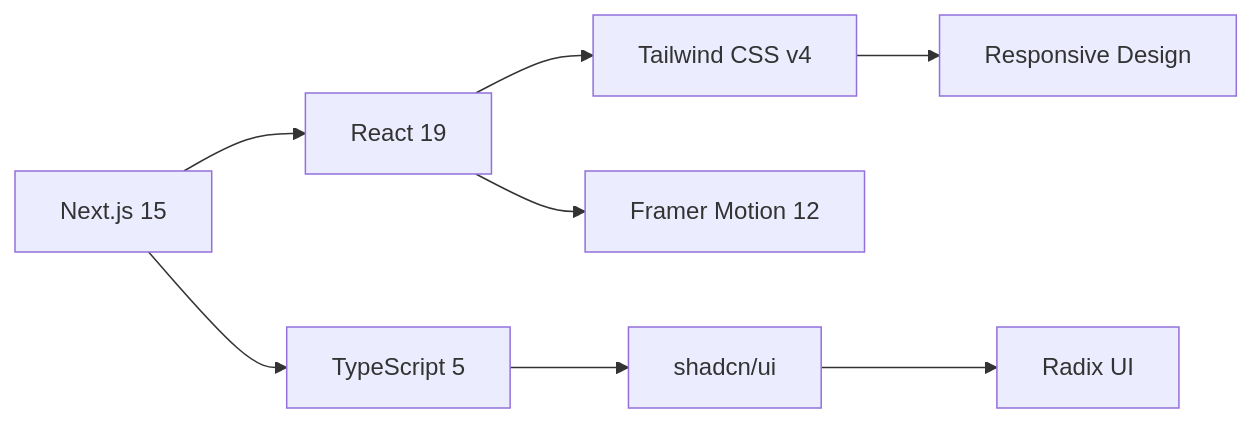
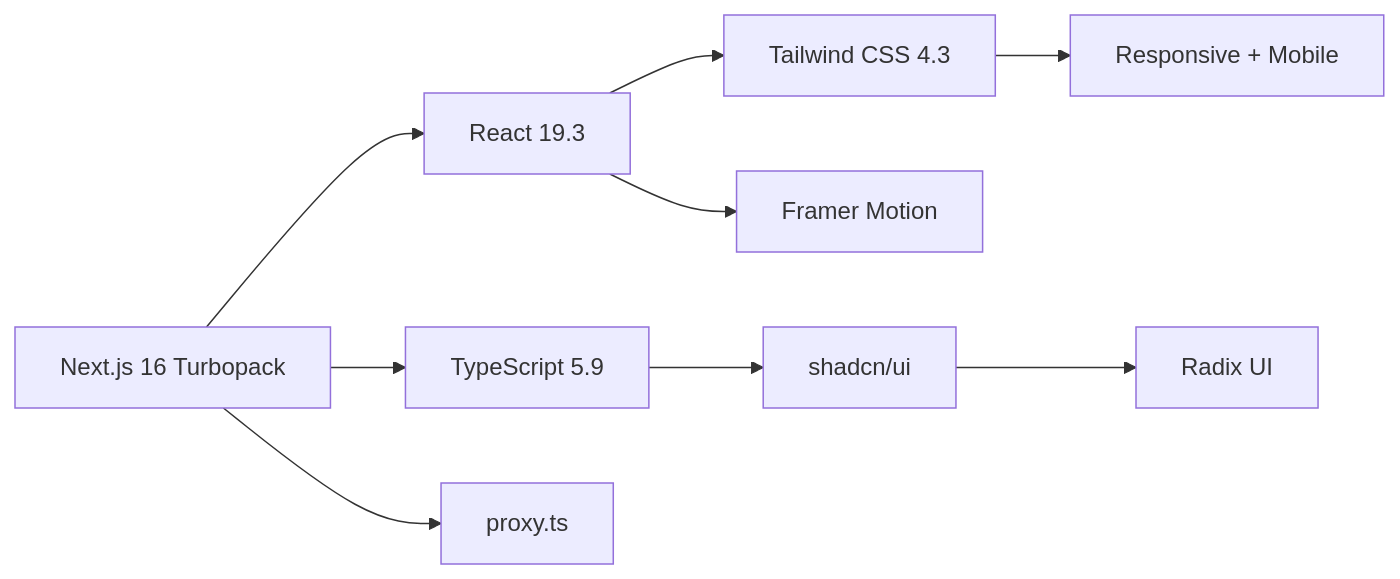
One commit to YYC-Cube/YYC3-Clube-Management-System changed the first of 2 diagrams in README.md. Above: the diagram before and after it, drawn with Mermaid. The commit also changed other lines of this file and 35 other files, not shown here.

````diff
--- a/README.md
+++ b/README.md
@@ -343,10 +373,11 @@
 ```mermaid
 graph LR
-    A[Next.js 15] --> B[React 19]
-    A --> C[TypeScript 5]
-    B --> D[Tailwind CSS v4]
-    B --> E[Framer Motion 12]
+    A[Next.js 16 Turbopack] --> B[React 19.3]
+    A --> C[TypeScript 5.9]
+    B --> D[Tailwind CSS 4.3]
+    B --> E[Framer Motion]
     C --> F[shadcn/ui]
     F --> G[Radix UI]
-    D --> H[Responsive Design]
+    D --> H[Responsive + Mobile]
+    A --> I[proxy.ts]
 ```
````
